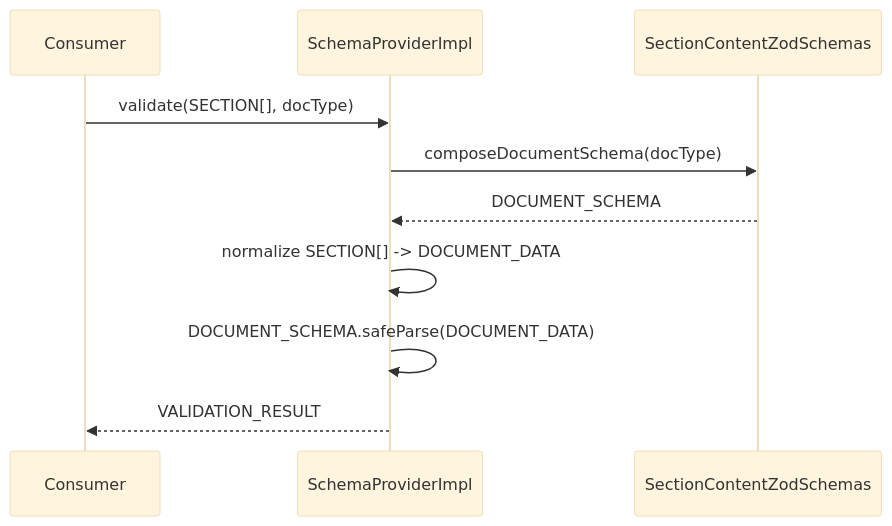
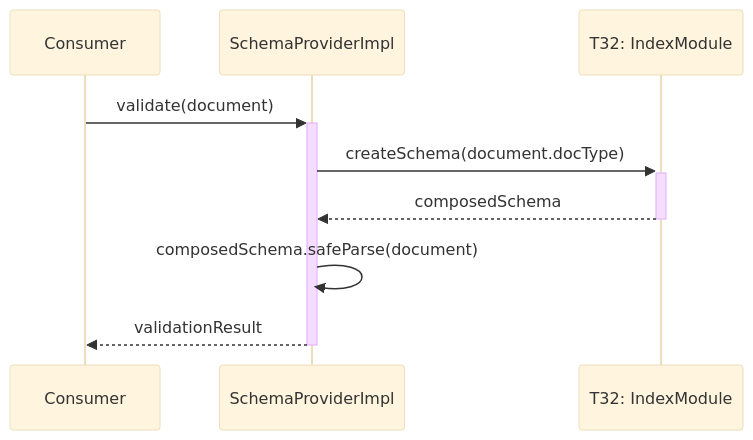
One commit to livelifelively/documentation-driven-development-tools changed the fourth of 4 diagrams in docs/requirements/p1-p6.t34-schema-provider.task.md. Above: the diagram before and after it, drawn with Mermaid (base theme). The commit also changed other lines of this file and 2 other files, not shown here.

````diff
--- a/docs/requirements/p1-p6.t34-schema-provider.task.md
+++ b/docs/requirements/p1-p6.t34-schema-provider.task.md
@@ -135,13 +155,12 @@
 ```mermaid
 sequenceDiagram
     participant Consumer
     participant Provider as SchemaProviderImpl
-    participant Schemas as SectionContentZodSchemas
+    participant IndexModule as T32: IndexModule
 
-    Consumer->>Provider: validate(SECTION[], docType)
-    Provider->>Schemas: composeDocumentSchema(docType)
-    Schemas-->>Provider: DOCUMENT_SCHEMA
-    Provider->>Provider: normalize SECTION[] -> DOCUMENT_DATA
-    Provider->>Provider: DOCUMENT_SCHEMA.safeParse(DOCUMENT_DATA)
-    Provider-->>Consumer: VALIDATION_RESULT
+    Consumer->>+Provider: validate(document)
+    Provider->>+IndexModule: createSchema(document.docType)
+    IndexModule-->>-Provider: composedSchema
+    Provider->>Provider: composedSchema.safeParse(document)
+    Provider-->>-Consumer: validationResult
 ```
````
